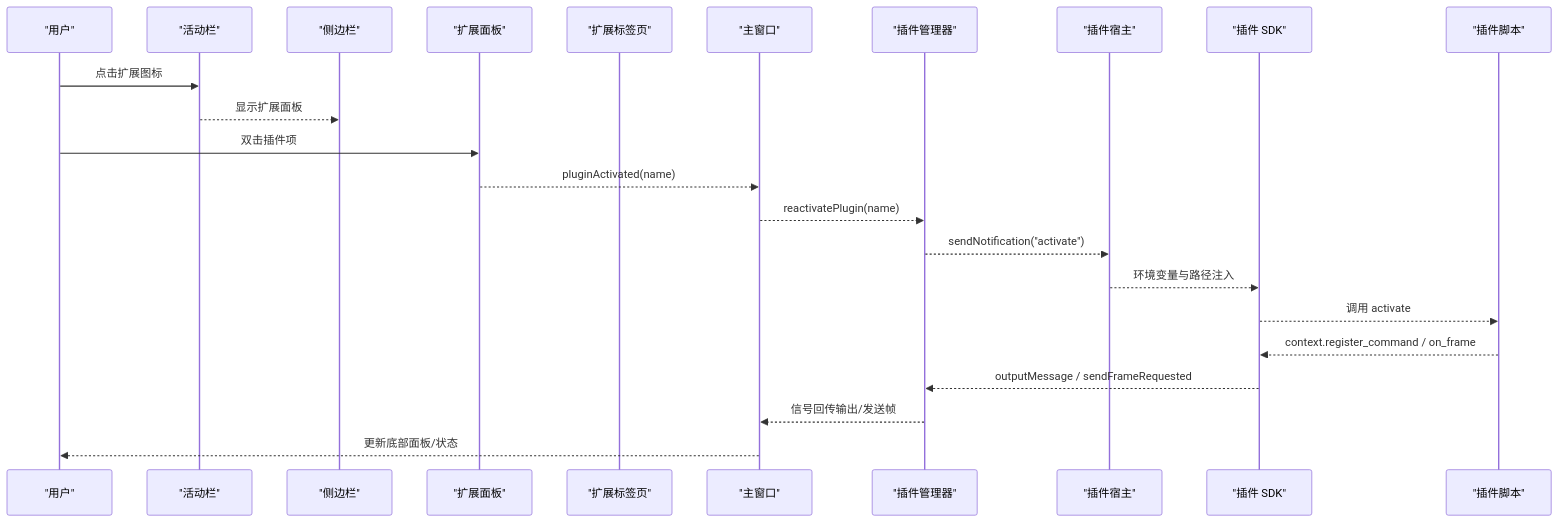
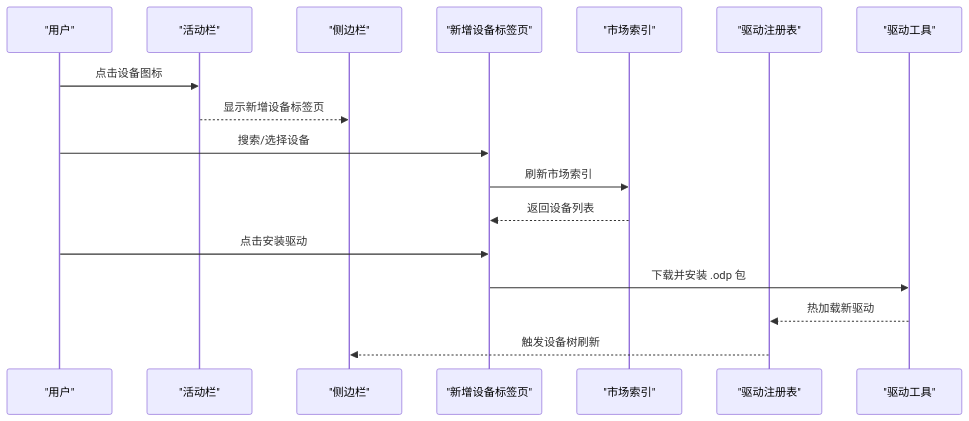
One commit to jakecai1225-design/OpenBus changed the second of 13 diagrams in .qoder/repowiki/zh/content/架构设计/插件系统架构/扩展面板系统.md. Above: the diagram before and after it, drawn with Mermaid. The commit also changed other lines of this file and 40 other files, not shown here.

````diff
--- a/.qoder/repowiki/zh/content/架构设计/插件系统架构/扩展面板系统.md
+++ b/.qoder/repowiki/zh/content/架构设计/插件系统架构/扩展面板系统.md
@@ -126,25 +156,19 @@
 ```mermaid
 sequenceDiagram
 participant U as "用户"
 participant AB as "活动栏"
 participant SB as "侧边栏"
-participant EP as "扩展面板"
-participant ET as "扩展标签页"
-participant MW as "主窗口"
-participant PM as "插件管理器"
-participant PH as "插件宿主"
-participant SDK as "插件 SDK"
-participant PL as "插件脚本"
-U->>AB : 点击扩展图标
-AB-->>SB : 显示扩展面板
-U->>EP : 双击插件项
-EP-->>MW : pluginActivated(name)
-MW-->>PM : reactivatePlugin(name)
-PM-->>PH : sendNotification("activate")
-PH-->>SDK : 环境变量与路径注入
-SDK-->>PL : 调用 activate
-PL-->>SDK : context.register_command / on_frame
-SDK-->>PM : outputMessage / sendFrameRequested
-PM-->>MW : 信号回传输出/发送帧
-MW-->>U : 更新底部面板/状态
+participant ADT as "新增设备标签页"
+participant MI as "市场索引"
+participant DR as "驱动注册表"
+participant DT as "驱动工具"
+U->>AB : 点击设备图标
+AB-->>SB : 显示新增设备标签页
+U->>ADT : 搜索/选择设备
+ADT->>MI : 刷新市场索引
+MI-->>ADT : 返回设备列表
+U->>ADT : 点击安装驱动
+ADT->>DT : 下载并安装 .odp 包
+DT-->>DR : 热加载新驱动
+DR-->>SB : 触发设备树刷新
 ```
````
